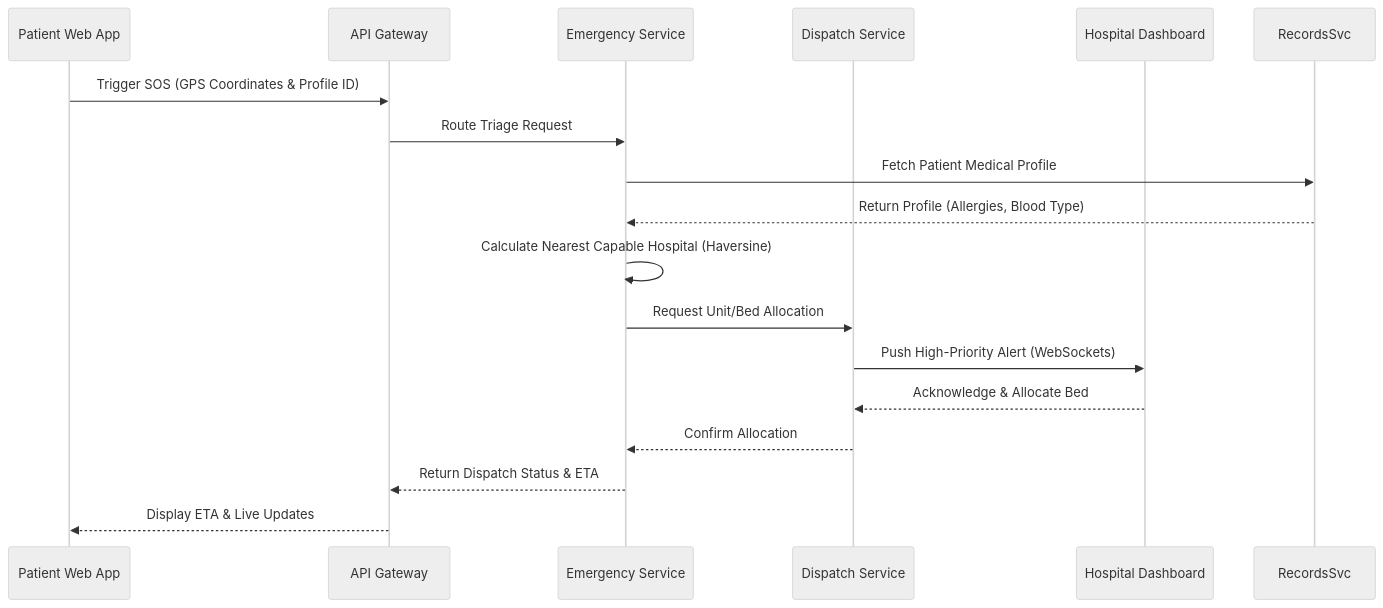
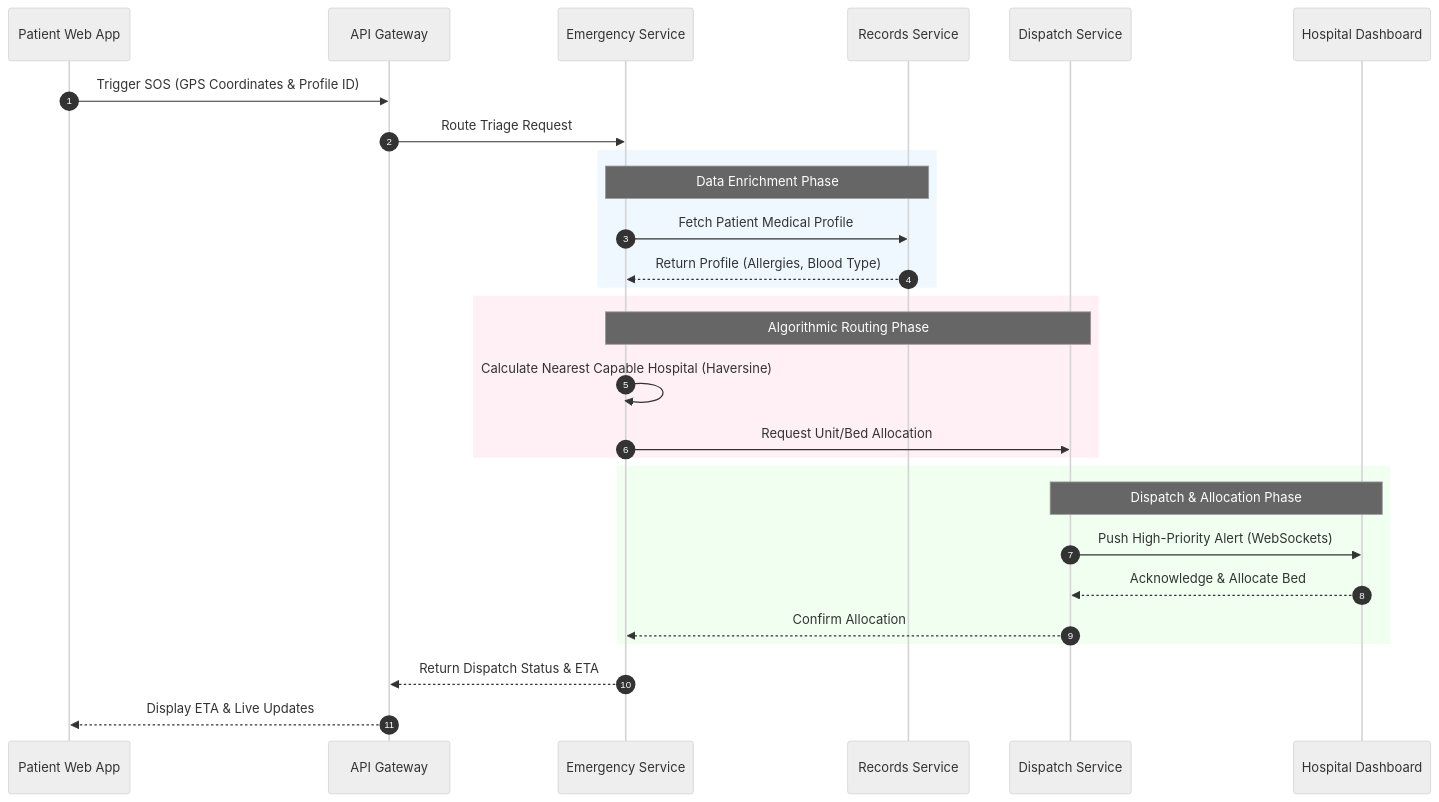
The second of 4 diagrams in README.md (simply-mihir/ResQ), drawn with Mermaid (neutral theme) before and after one commit. The commit also changed other lines of this file, not shown here.

````diff
--- a/README.md
+++ b/README.md
@@ -97,20 +105,36 @@
 ```mermaid
 sequenceDiagram
+    autonumber
+    
     participant Patient as Patient Web App
     participant Gateway as API Gateway
     participant Emergency as Emergency Service
+    participant RecordsSvc as Records Service
     participant Dispatch as Dispatch Service
     participant Hospital as Hospital Dashboard
 
     Patient->>Gateway: Trigger SOS (GPS Coordinates & Profile ID)
     Gateway->>Emergency: Route Triage Request
+    
+    rect rgb(240, 248, 255)
+    Note over Emergency,RecordsSvc: Data Enrichment Phase
     Emergency->>RecordsSvc: Fetch Patient Medical Profile
     RecordsSvc-->>Emergency: Return Profile (Allergies, Blood Type)
+    end
+    
+    rect rgb(255, 240, 245)
+    Note over Emergency,Dispatch: Algorithmic Routing Phase
     Emergency->>Emergency: Calculate Nearest Capable Hospital (Haversine)
     Emergency->>Dispatch: Request Unit/Bed Allocation
+    end
+    
+    rect rgb(240, 255, 240)
+    Note over Dispatch,Hospital: Dispatch & Allocation Phase
     Dispatch->>Hospital: Push High-Priority Alert (WebSockets)
     Hospital-->>Dispatch: Acknowledge & Allocate Bed
     Dispatch-->>Emergency: Confirm Allocation
+    end
+    
     Emergency-->>Gateway: Return Dispatch Status & ETA
     Gateway-->>Patient: Display ETA & Live Updates
 ```
````
